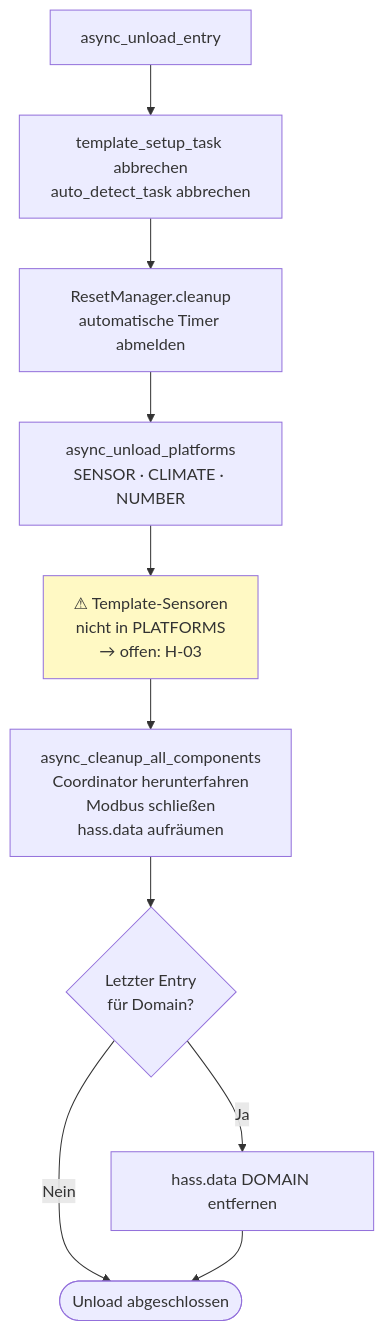
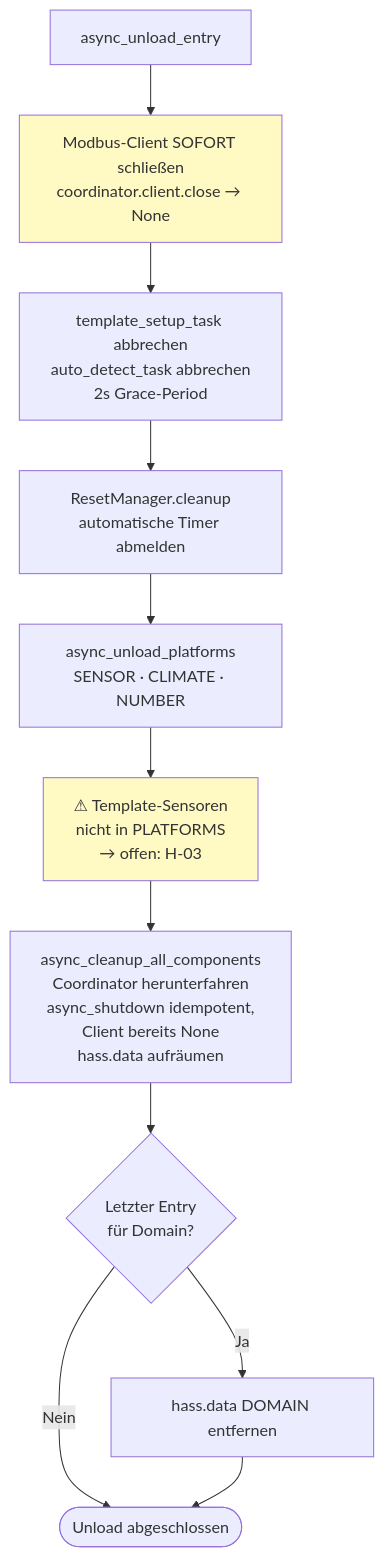
One commit to GuidoJeuken-6512/lambda_heat_pumps changed the ninth of 10 diagrams in docs/docs/Entwickler/Ablaufdiagramm.md. Above: the diagram before and after it, drawn with Mermaid. The commit also changed other lines of this file and 11 other files, not shown here.

````diff
--- a/docs/docs/Entwickler/Ablaufdiagramm.md
+++ b/docs/docs/Entwickler/Ablaufdiagramm.md
@@ -424,14 +457,16 @@
 ```mermaid
 flowchart TD
-    A[async_unload_entry] --> T[template_setup_task abbrechen\nauto_detect_task abbrechen]
+    A[async_unload_entry] --> T0[Modbus-Client SOFORT schließen\ncoordinator.client.close → None]
+    T0 --> T[template_setup_task abbrechen\nauto_detect_task abbrechen\n2s Grace-Period]
     T --> B[ResetManager.cleanup\nautomatische Timer abmelden]
     B --> C[async_unload_platforms\nSENSOR · CLIMATE · NUMBER]
     C --> D[⚠ Template-Sensoren\nnicht in PLATFORMS\n→ offen: H-03]
-    D --> E[async_cleanup_all_components\nCoordinator herunterfahren\nModbus schließen\nhass.data aufräumen]
+    D --> E[async_cleanup_all_components\nCoordinator herunterfahren\nasync_shutdown idempotent,\nClient bereits None\nhass.data aufräumen]
     E --> F{Letzter Entry\nfür Domain?}
     F -->|Ja| G[hass.data DOMAIN entfernen]
     F -->|Nein| H([Unload abgeschlossen])
     G --> H
 
     style D fill:#fff9c4
+    style T0 fill:#fff9c4
 ```
````
